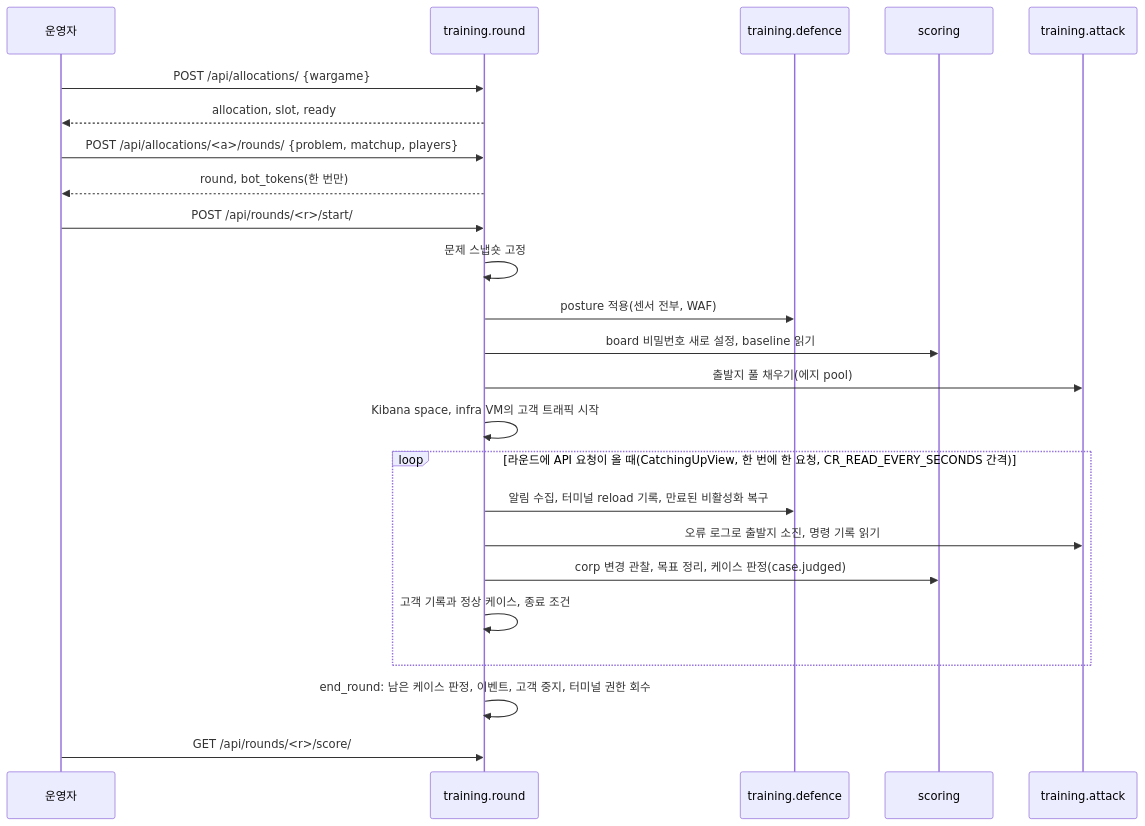
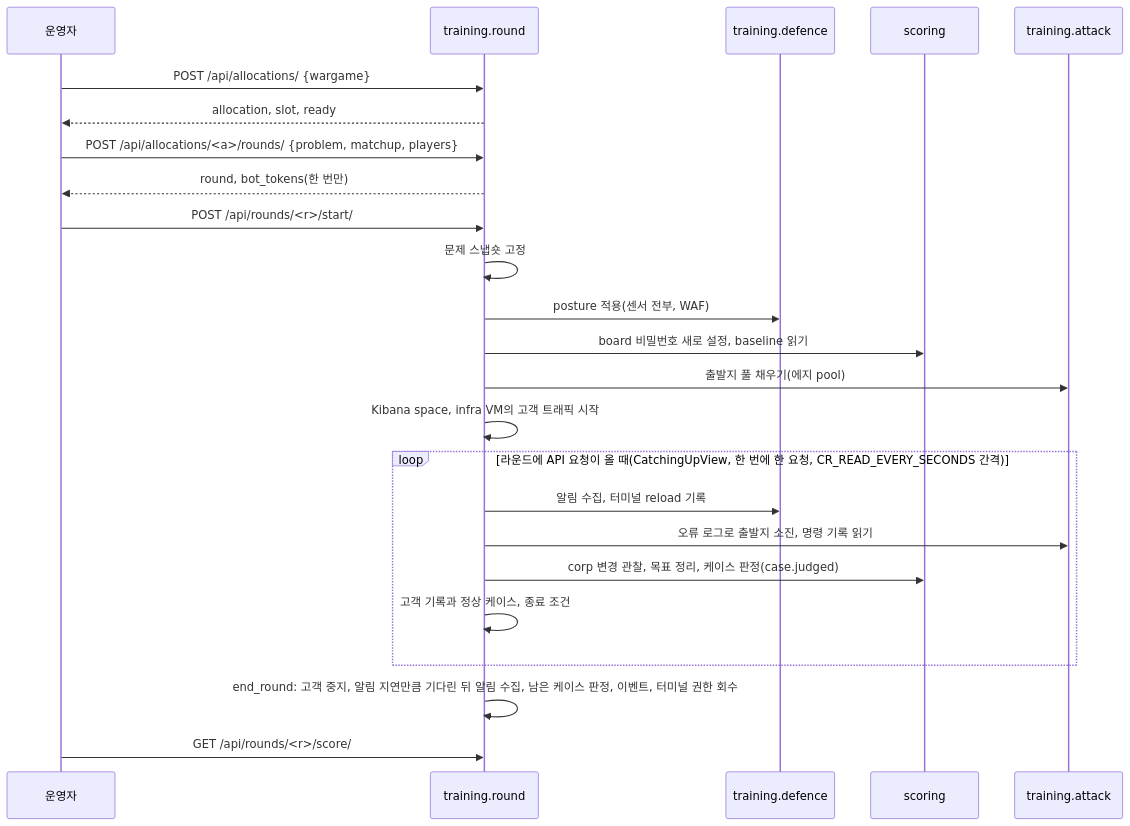
The diagram in docs/ARCHITECTURE.md (Nekonic/fsl-project-mvp), drawn with Mermaid before and after one commit. The commit also changed other lines of this file and 1 other file, not shown here.

Commit message:
Docs: the round reads, the end wait, the marker source check, the reload wrapper's check and the per-client limit zone

````diff
--- a/docs/ARCHITECTURE.md
+++ b/docs/ARCHITECTURE.md
@@ -253,26 +254,26 @@
 ```mermaid
 sequenceDiagram
   participant O as 운영자
   participant R as training.round
   participant D as training.defence
   participant S as scoring
   participant A as training.attack
   O->>R: POST /api/allocations/ {wargame}
   R-->>O: allocation, slot, ready
   O->>R: POST /api/allocations/<a>/rounds/ {problem, matchup, players}
   R-->>O: round, bot_tokens(한 번만)
   O->>R: POST /api/rounds/<r>/start/
   R->>R: 문제 스냅숏 고정
   R->>D: posture 적용(센서 전부, WAF)
   R->>S: board 비밀번호 새로 설정, baseline 읽기
   R->>A: 출발지 풀 채우기(에지 pool)
   R->>R: Kibana space, infra VM의 고객 트래픽 시작
   loop 라운드에 API 요청이 올 때(CatchingUpView, 한 번에 한 요청, CR_READ_EVERY_SECONDS 간격)
-    R->>D: 알림 수집, 터미널 reload 기록, 만료된 비활성화 복구
+    R->>D: 알림 수집, 터미널 reload 기록
     R->>A: 오류 로그로 출발지 소진, 명령 기록 읽기
     R->>S: corp 변경 관찰, 목표 정리, 케이스 판정(case.judged)
     R->>R: 고객 기록과 정상 케이스, 종료 조건
   end
-  R->>R: end_round: 남은 케이스 판정, 이벤트, 고객 중지, 터미널 권한 회수
+  R->>R: end_round: 고객 중지, 알림 지연만큼 기다린 뒤 알림 수집, 남은 케이스 판정, 이벤트, 터미널 권한 회수
   O->>R: GET /api/rounds/<r>/score/
 ```
````
